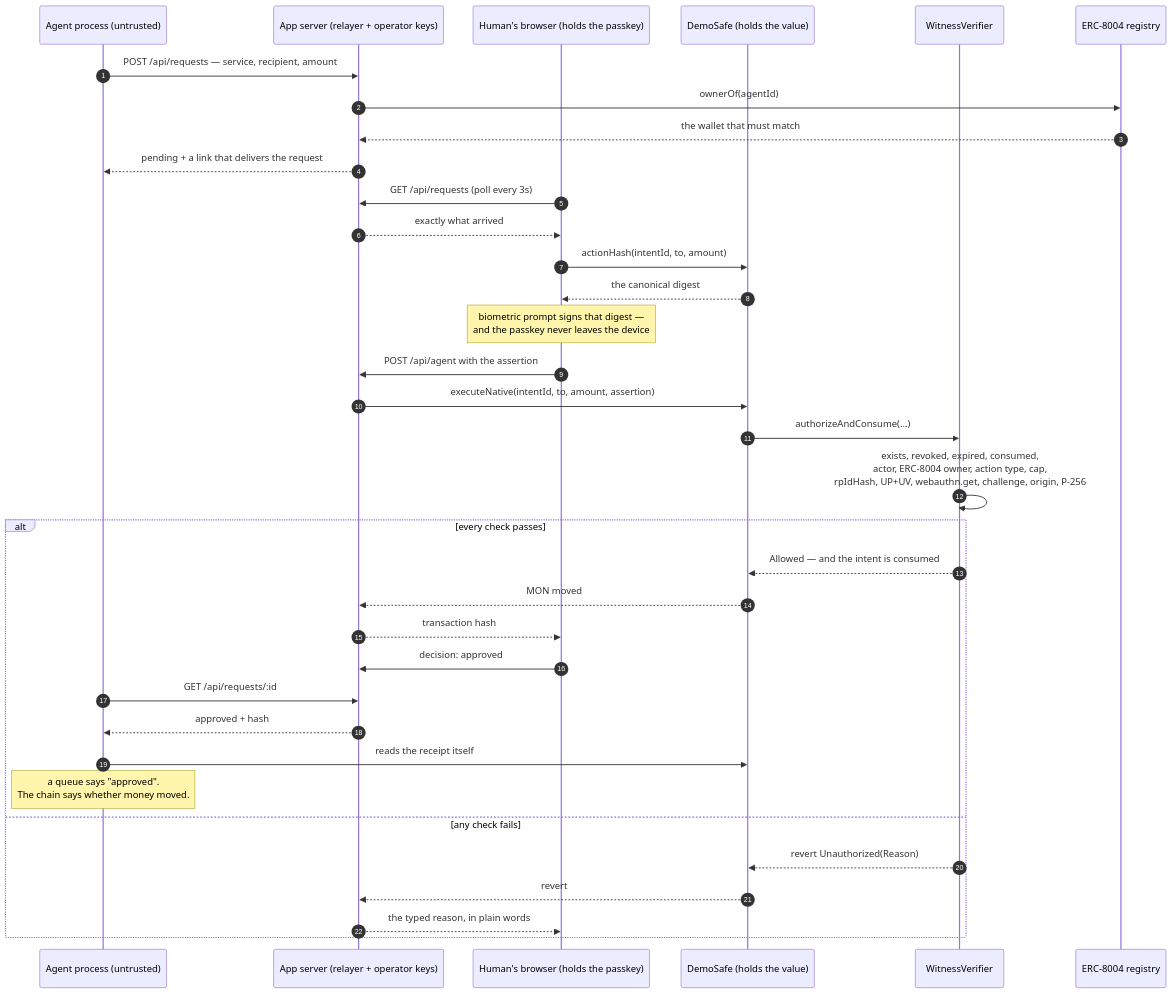
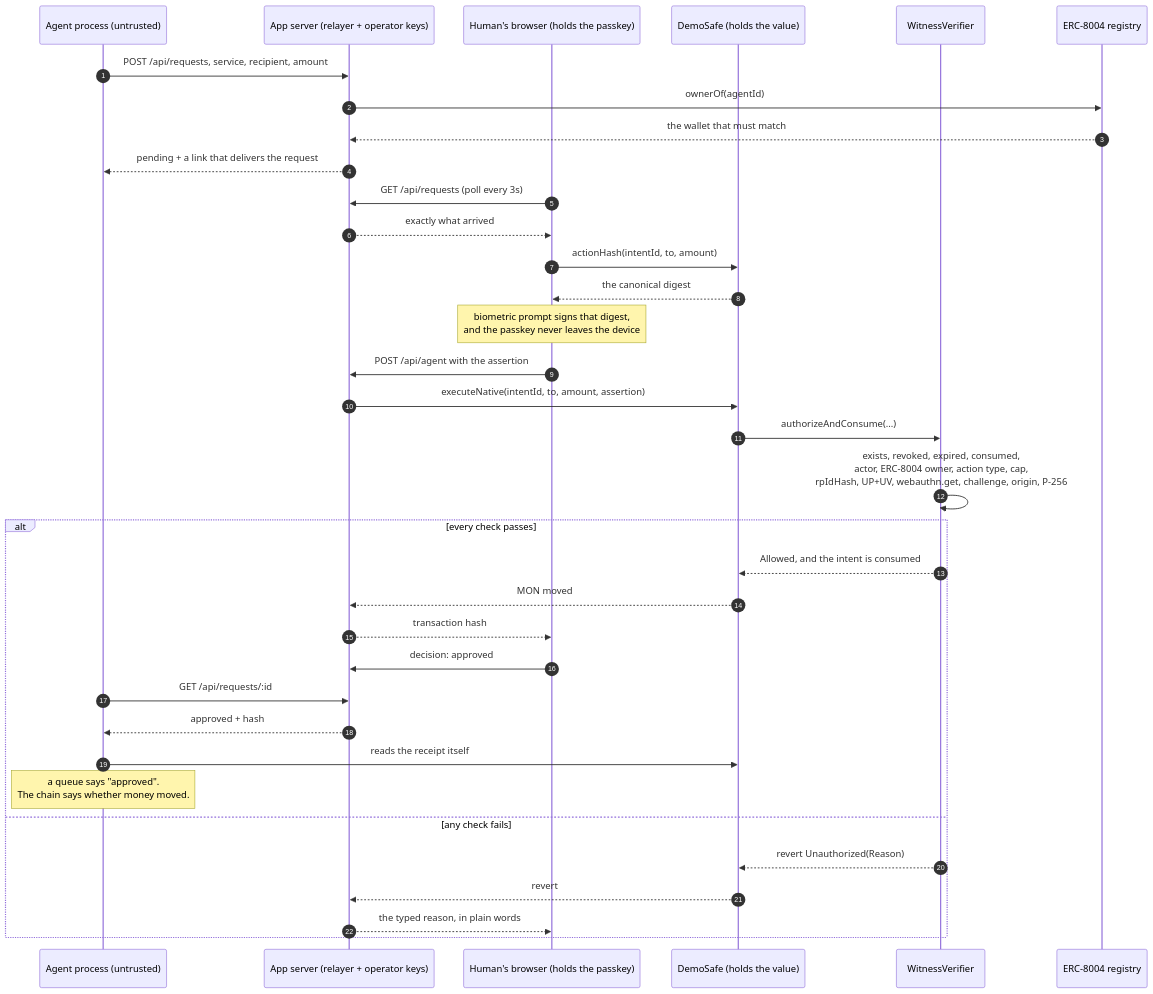
One commit to thesithunyein/witness changed the second of 2 diagrams in README.md. Above: the diagram before and after it, drawn with Mermaid. The commit also changed other lines of this file and 37 other files, not shown here.

````diff
--- a/README.md
+++ b/README.md
@@ -137,38 +141,38 @@
 ```mermaid
 sequenceDiagram
   autonumber
   participant A as Agent process (untrusted)
   participant S as App server (relayer + operator keys)
   participant B as Human's browser (holds the passkey)
   participant C as DemoSafe (holds the value)
   participant V as WitnessVerifier
   participant R as ERC-8004 registry
 
-  A->>S: POST /api/requests — service, recipient, amount
+  A->>S: POST /api/requests, service, recipient, amount
   S->>R: ownerOf(agentId)
   R-->>S: the wallet that must match
   S-->>A: pending + a link that delivers the request
   B->>S: GET /api/requests (poll every 3s)
   S-->>B: exactly what arrived
   B->>C: actionHash(intentId, to, amount)
   C-->>B: the canonical digest
-  Note over B: biometric prompt signs that digest —<br/>and the passkey never leaves the device
+  Note over B: biometric prompt signs that digest,<br/>and the passkey never leaves the device
   B->>S: POST /api/agent with the assertion
   S->>C: executeNative(intentId, to, amount, assertion)
   C->>V: authorizeAndConsume(...)
   V->>V: exists, revoked, expired, consumed,<br/>actor, ERC-8004 owner, action type, cap,<br/>rpIdHash, UP+UV, webauthn.get, challenge, origin, P-256
   alt every check passes
-    V-->>C: Allowed — and the intent is consumed
+    V-->>C: Allowed, and the intent is consumed
     C-->>S: MON moved
     S-->>B: transaction hash
     B->>S: decision: approved
     A->>S: GET /api/requests/:id
     S-->>A: approved + hash
     A->>C: reads the receipt itself
     Note over A: a queue says "approved".<br/>The chain says whether money moved.
   else any check fails
     V-->>C: revert Unauthorized(Reason)
     C-->>S: revert
     S-->>B: the typed reason, in plain words
   end
 ```
````
